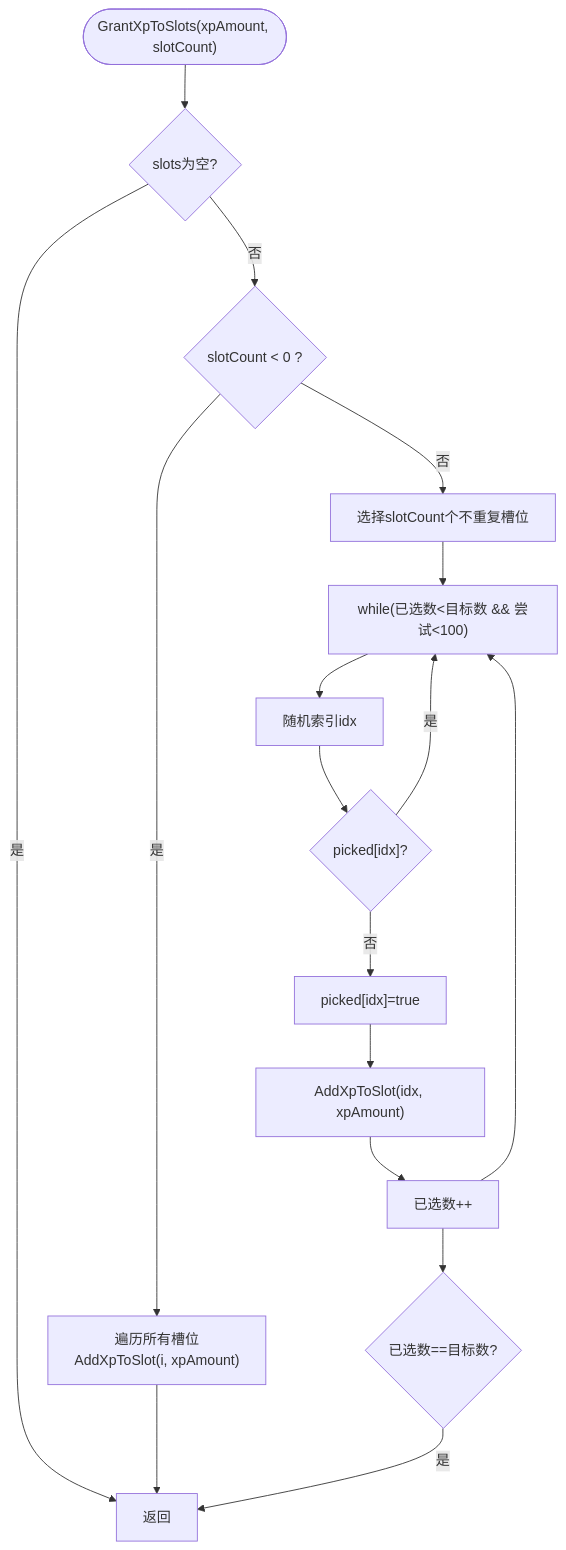
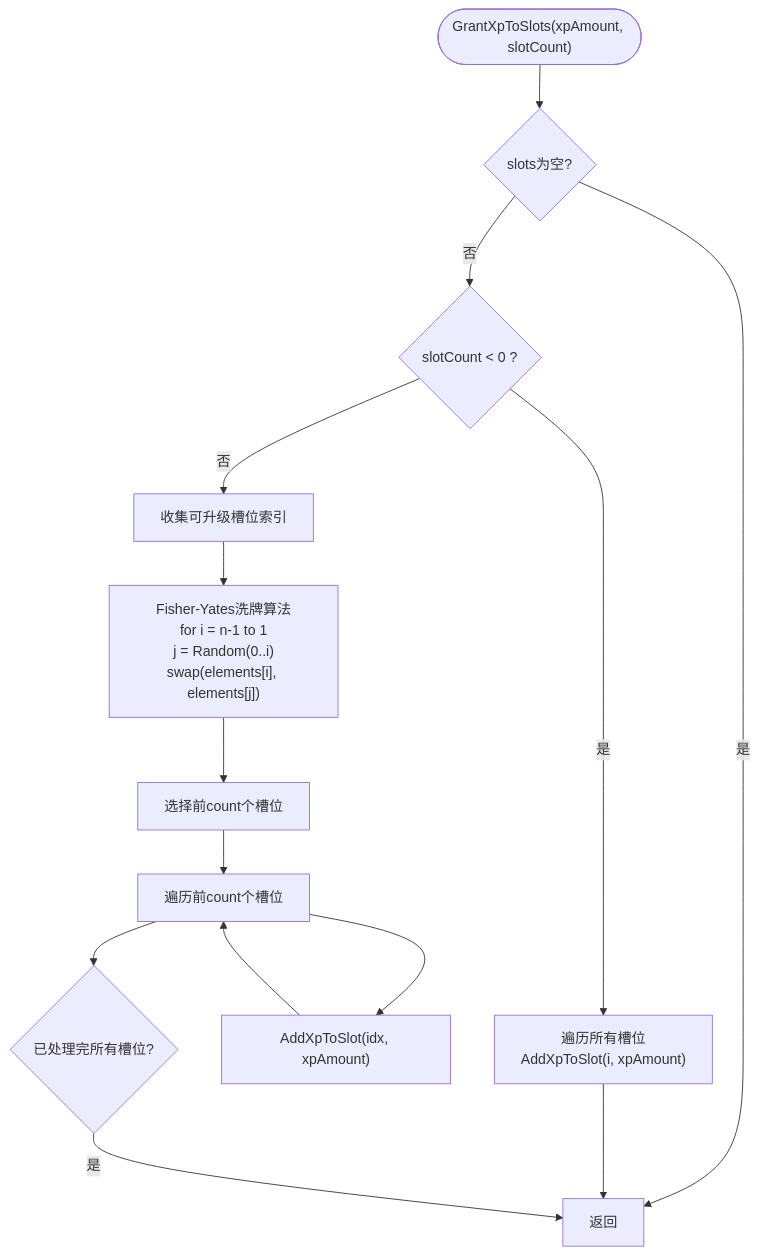
One commit to Tuusen/p1_client changed the fourth of 9 diagrams in .qoder/repowiki/zh/content/技能系统/技能经验值系统.md. Above: the diagram before and after it, drawn with Mermaid. The commit also changed other lines of this file and 11 other files, not shown here.

````diff
--- a/.qoder/repowiki/zh/content/技能系统/技能经验值系统.md
+++ b/.qoder/repowiki/zh/content/技能系统/技能经验值系统.md
@@ -138,16 +139,15 @@
 ```mermaid
 flowchart TD
 Enter(["GrantXpToSlots(xpAmount, slotCount)"]) --> Empty{"slots为空?"}
 Empty --> |是| Return["返回"]
 Empty --> |否| Mode{"slotCount < 0 ?"}
 Mode --> |是| All["遍历所有槽位<br/>AddXpToSlot(i, xpAmount)"]
-Mode --> |否| Select["选择slotCount个不重复槽位"]
-Select --> Loop["while(已选数<目标数 && 尝试<100)"]
-Loop --> Rand["随机索引idx"]
-Rand --> Seen{"picked[idx]?"}
-Seen --> |是| Loop
-Seen --> |否| Mark["picked[idx]=true"] --> Add["AddXpToSlot(idx, xpAmount)"] --> Inc["已选数++"] --> Loop
+Mode --> |否| Collect["收集可升级槽位索引"]
+Collect --> Shuffle["Fisher-Yates洗牌算法<br/>for i = n-1 to 1<br/>j = Random(0..i)<br/>swap(elements[i], elements[j])"]
+Shuffle --> Select["选择前count个槽位"]
+Select --> Loop["遍历前count个槽位"]
+Loop --> Add["AddXpToSlot(idx, xpAmount)"] --> Loop
 All --> Return
-Inc --> Done{"已选数==目标数?"}
+Loop --> Done{"已处理完所有槽位?"}
 Done --> |是| Return
 ```
````
